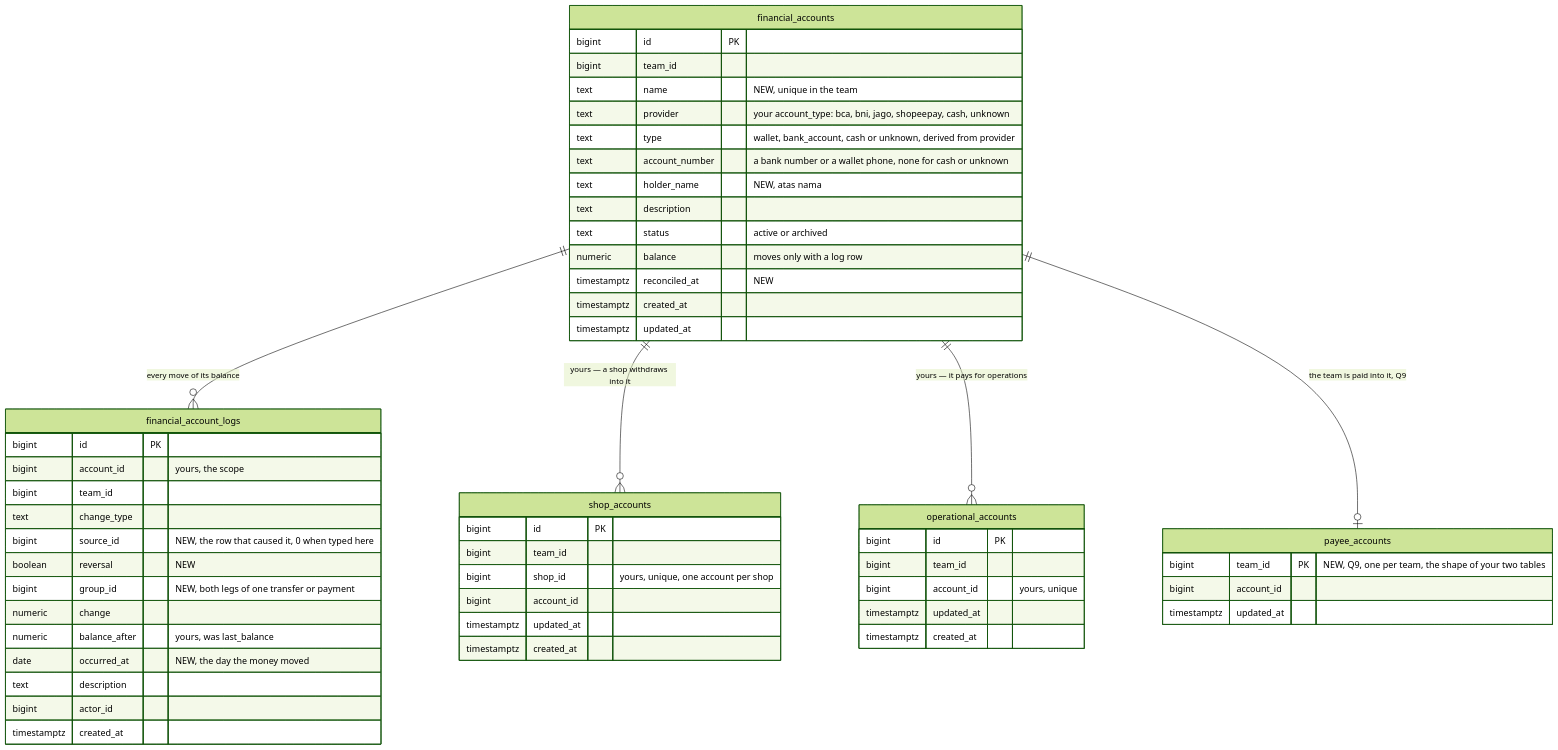
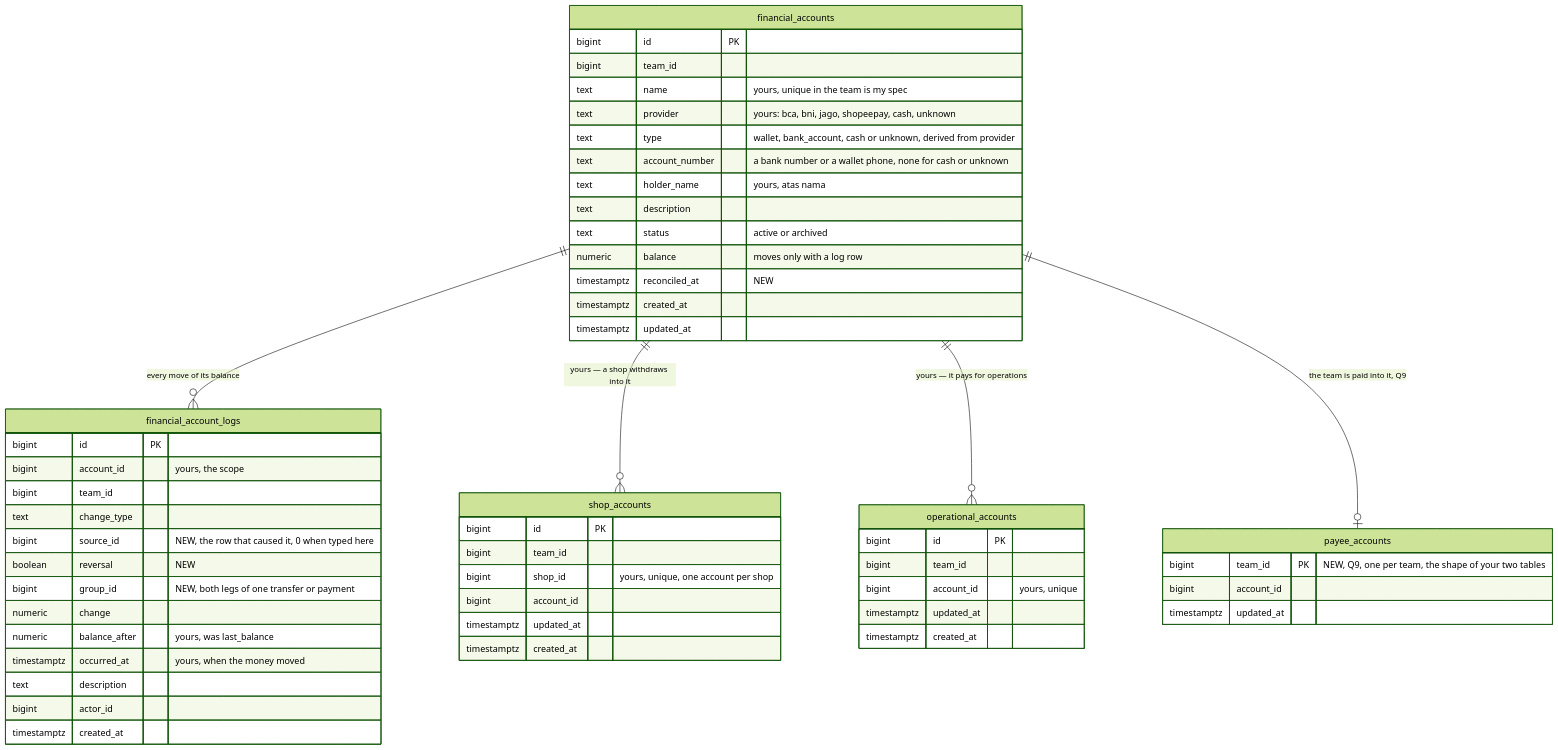
Before and after one commit to pdcgo/warehouse_revamp: the fifth of 6 diagrams in docs/business/financial_account/context_clarify.md, drawn with Mermaid (forest theme). The commit also changed other lines of this file and 3 other files, not shown here.

First line of the commit message:
financial_account: record provider, name + holder_name and occurred_at

````diff
--- a/docs/business/financial_account/context_clarify.md
+++ b/docs/business/financial_account/context_clarify.md
@@ -233,57 +233,57 @@
 ```mermaid
 erDiagram
   financial_accounts ||--o{ financial_account_logs : "every move of its balance"
   financial_accounts ||--o{ shop_accounts : "yours — a shop withdraws into it"
   financial_accounts ||--o{ operational_accounts : "yours — it pays for operations"
   financial_accounts ||--o| payee_accounts : "the team is paid into it, Q9"
   financial_accounts {
     bigint id PK
     bigint team_id
-    text name "NEW, unique in the team"
-    text provider "your account_type: bca, bni, jago, shopeepay, cash, unknown"
+    text name "yours, unique in the team is my spec"
+    text provider "yours: bca, bni, jago, shopeepay, cash, unknown"
     text type "wallet, bank_account, cash or unknown, derived from provider"
     text account_number "a bank number or a wallet phone, none for cash or unknown"
-    text holder_name "NEW, atas nama"
+    text holder_name "yours, atas nama"
     text description
     text status "active or archived"
     numeric balance "moves only with a log row"
     timestamptz reconciled_at "NEW"
     timestamptz created_at
     timestamptz updated_at
   }
   financial_account_logs {
     bigint id PK
     bigint account_id "yours, the scope"
     bigint team_id
     text change_type
     bigint source_id "NEW, the row that caused it, 0 when typed here"
     boolean reversal "NEW"
     bigint group_id "NEW, both legs of one transfer or payment"
     numeric change
     numeric balance_after "yours, was last_balance"
-    date occurred_at "NEW, the day the money moved"
+    timestamptz occurred_at "yours, when the money moved"
     text description
     bigint actor_id
     timestamptz created_at
   }
   shop_accounts {
     bigint id PK
     bigint team_id
     bigint shop_id "yours, unique, one account per shop"
     bigint account_id
     timestamptz updated_at
     timestamptz created_at
   }
   operational_accounts {
     bigint id PK
     bigint team_id
     bigint account_id "yours, unique"
     timestamptz updated_at
     timestamptz created_at
   }
   payee_accounts {
     bigint team_id PK "NEW, Q9, one per team, the shape of your two tables"
     bigint account_id
     timestamptz updated_at
   }
 ```
````
